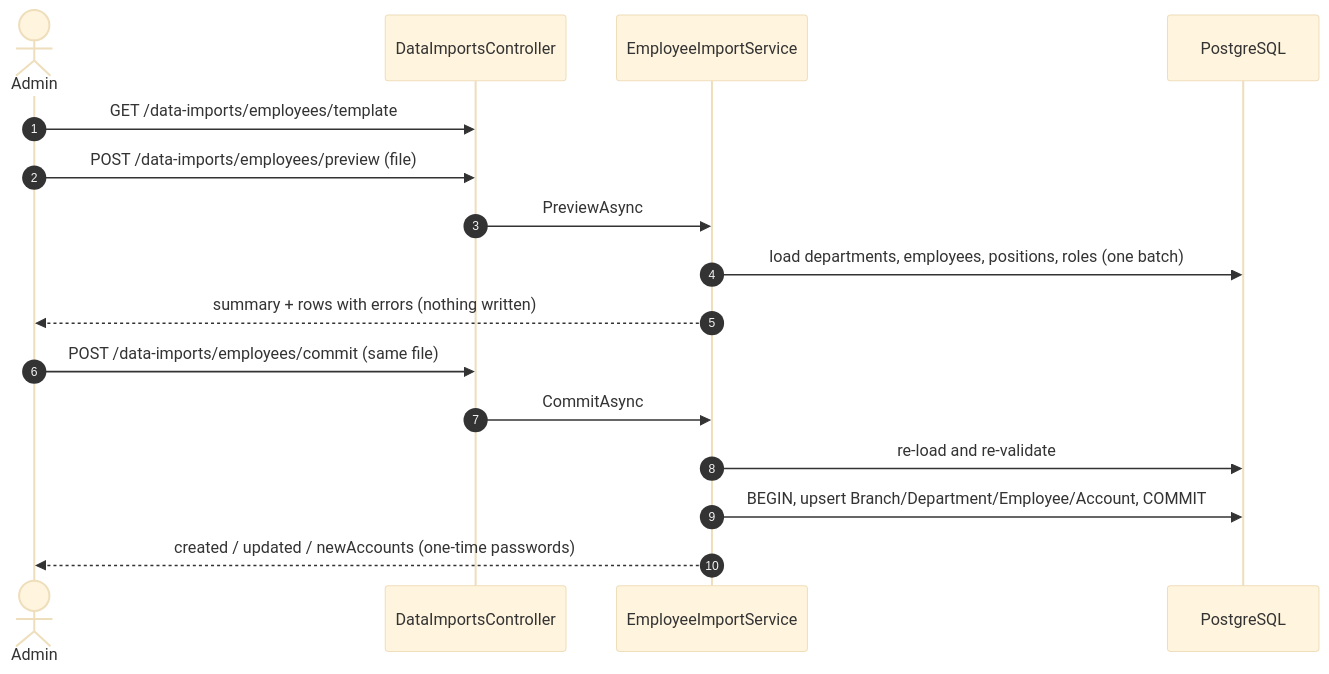
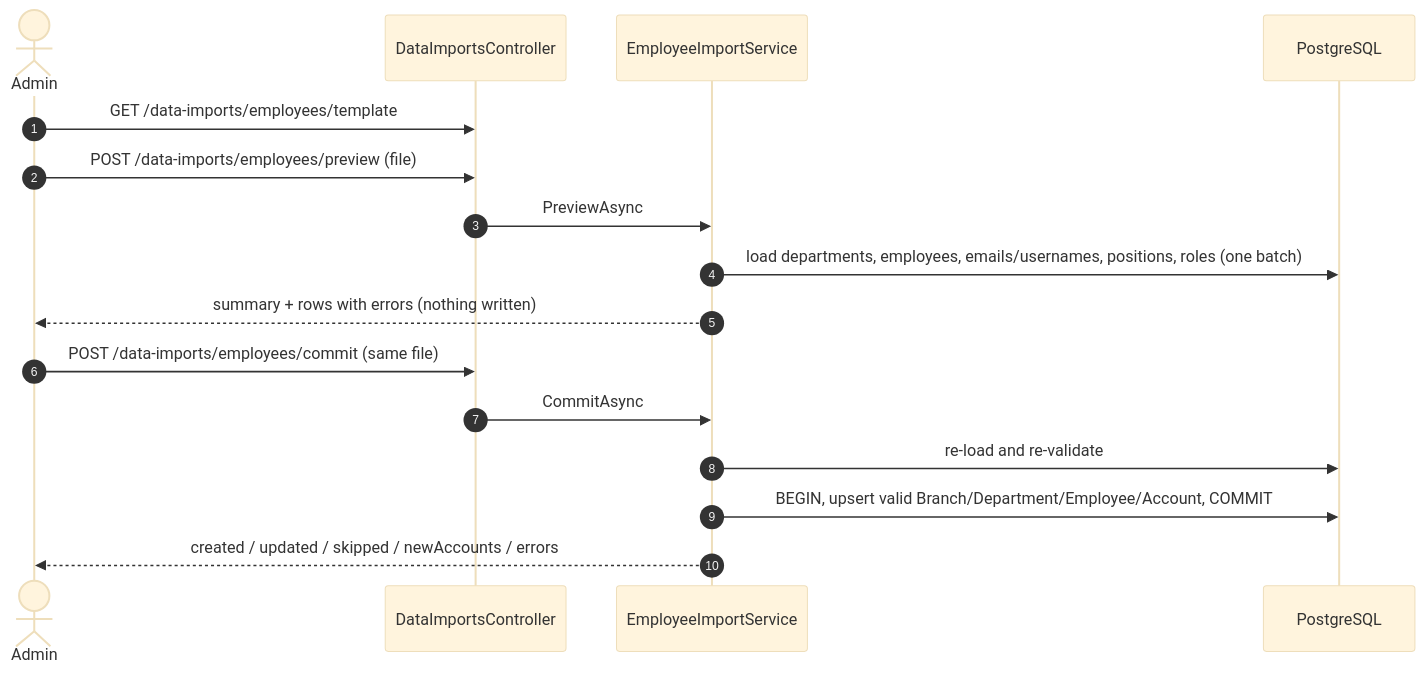
The diagram in docs/api/DATA_IMPORT_CONTRACT.md (quanngo2005/Fall26_SEP490_G54), drawn with Mermaid (base theme) before and after one commit. The commit also changed other lines of this file and 38 other files, not shown here.

First line of the commit message:
GB-726, GB-727 / thanhnt / BE: Fix import employee flow & Fix import transactions and reconcile flow

````diff
--- a/docs/api/DATA_IMPORT_CONTRACT.md
+++ b/docs/api/DATA_IMPORT_CONTRACT.md
@@ -110,18 +99,18 @@
 ```mermaid
 sequenceDiagram
     autonumber
     actor Admin
     participant API as DataImportsController
     participant SVC as EmployeeImportService
     participant DB as PostgreSQL
     Admin->>API: GET /data-imports/employees/template
     Admin->>API: POST /data-imports/employees/preview (file)
     API->>SVC: PreviewAsync
-    SVC->>DB: load departments, employees, positions, roles (one batch)
+    SVC->>DB: load departments, employees, emails/usernames, positions, roles (one batch)
     SVC-->>Admin: summary + rows with errors (nothing written)
     Admin->>API: POST /data-imports/employees/commit (same file)
     API->>SVC: CommitAsync
     SVC->>DB: re-load and re-validate
-    SVC->>DB: BEGIN, upsert Branch/Department/Employee/Account, COMMIT
-    SVC-->>Admin: created / updated / newAccounts (one-time passwords)
+    SVC->>DB: BEGIN, upsert valid Branch/Department/Employee/Account, COMMIT
+    SVC-->>Admin: created / updated / skipped / newAccounts / errors
 ```
````
